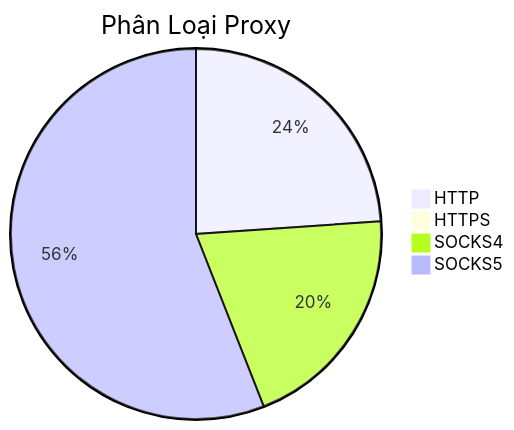
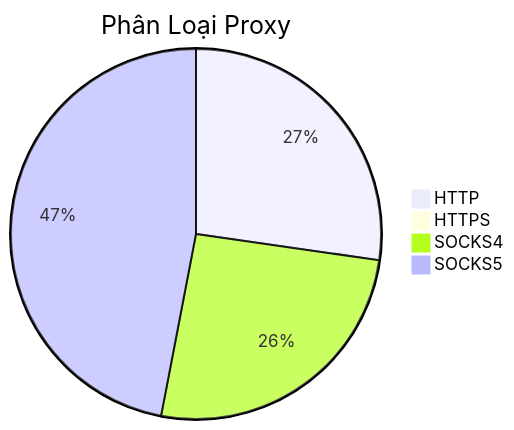
Before and after one commit to Ciara-Aa/PROXY-free: the diagram in README.md, drawn with Mermaid. The commit also changed other lines of this file and 4 other files, not shown here.

````diff
--- a/README.md
+++ b/README.md
@@ -26,7 +26,7 @@
 ```mermaid
 pie title Phân Loại Proxy
-    "HTTP" : 317
-    "HTTPS" : 0
-    "SOCKS4" : 267
-    "SOCKS5" : 742
+    "HTTP" : 307
+    "HTTPS" : 1
+    "SOCKS4" : 290
+    "SOCKS5" : 529
 ```
````
